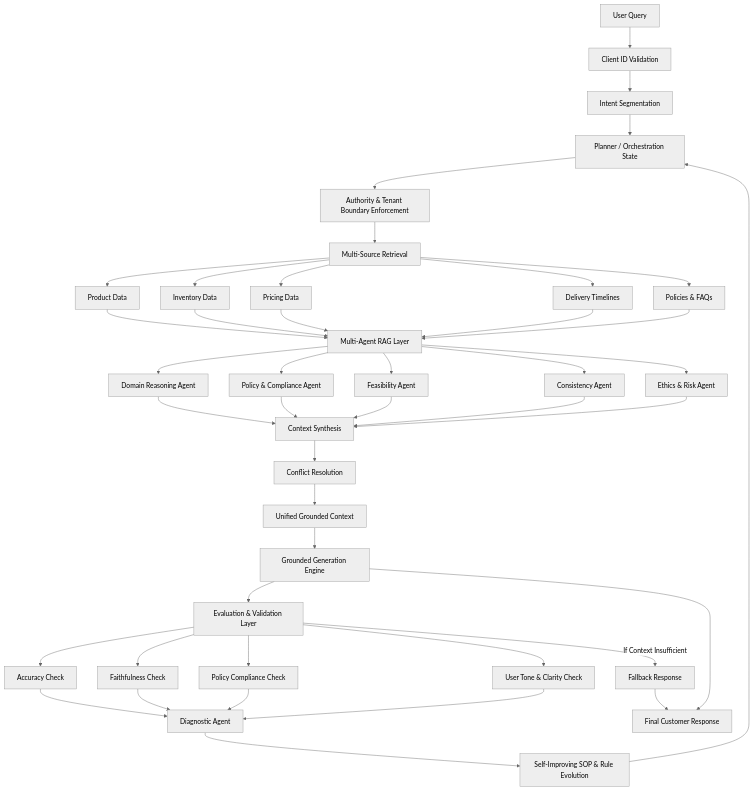
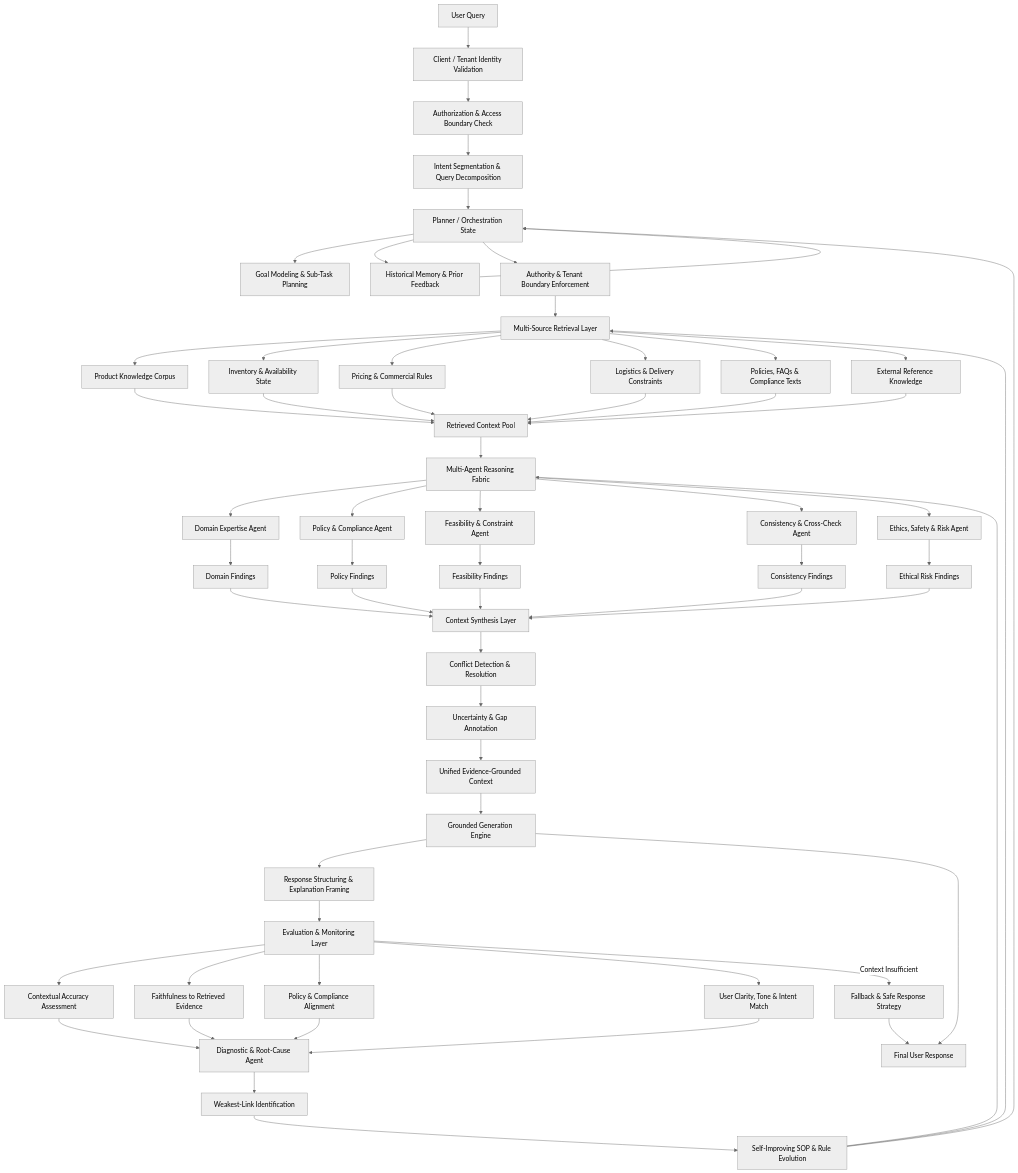
One commit to ShadowMonarchX/dynamic-ai-customer-support changed the second of 3 diagrams in View.md. Above: the diagram before and after it, drawn with Mermaid (neutral theme).

Commit message:
add this

````diff
--- a/View.md
+++ b/View.md
@@ -100,52 +100,98 @@
 ```mermaid
 
 graph TD
-    UQ[User Query] --> CI[Client ID Validation]
-    CI --> IS[Intent Segmentation]
 
-    IS --> PL[Planner / Orchestration State]
+%% =========================
+%% ENTRY & GOVERNANCE LAYER
+%% =========================
+UQ[User Query] --> CI[Client / Tenant Identity Validation]
+CI --> AB[Authorization & Access Boundary Check]
+AB --> IS[Intent Segmentation & Query Decomposition]
 
-    PL --> AE[Authority & Tenant Boundary Enforcement]
+%% =========================
+%% PLANNING & ORCHESTRATION
+%% =========================
+IS --> PL[Planner / Orchestration State]
+PL --> GM[Goal Modeling & Sub-Task Planning]
+PL --> HM[Historical Memory & Prior Feedback]
+HM --> PL
 
-    AE --> MSR[Multi-Source Retrieval]
-    MSR --> PD[Product Data]
-    MSR --> ID[Inventory Data]
-    MSR --> PR[Pricing Data]
-    MSR --> DL[Delivery Timelines]
-    MSR --> PO[Policies & FAQs]
+PL --> AE[Authority & Tenant Boundary Enforcement]
 
-    PD & ID & PR & DL & PO --> MA[Multi-Agent RAG Layer]
+%% =========================
+%% MULTI-SOURCE RETRIEVAL
+%% =========================
+AE --> MSR[Multi-Source Retrieval Layer]
 
-    MA --> DA[Domain Reasoning Agent]
-    MA --> PA[Policy & Compliance Agent]
-    MA --> FA[Feasibility Agent]
-    MA --> CA[Consistency Agent]
-    MA --> EA[Ethics & Risk Agent]
+MSR --> PD[Product Knowledge Corpus]
+MSR --> ID[Inventory & Availability State]
+MSR --> PR[Pricing & Commercial Rules]
+MSR --> DL[Logistics & Delivery Constraints]
+MSR --> PO[Policies, FAQs & Compliance Texts]
+MSR --> EK[External Reference Knowledge]
 
-    DA & PA & FA & CA & EA --> CS[Context Synthesis]
+PD & ID & PR & DL & PO & EK --> RC[Retrieved Context Pool]
 
-    CS --> CR[Conflict Resolution]
-    CR --> UF[Unified Grounded Context]
+%% =========================
+%% MULTI-AGENT RAG LAYER
+%% =========================
+RC --> MA[Multi-Agent Reasoning Fabric]
 
-    UF --> GE[Grounded Generation Engine]
+MA --> DA[Domain Expertise Agent]
+MA --> PA[Policy & Compliance Agent]
+MA --> FA[Feasibility & Constraint Agent]
+MA --> CA[Consistency & Cross-Check Agent]
+MA --> EA[Ethics, Safety & Risk Agent]
 
-    GE --> EV[Evaluation & Validation Layer]
+DA --> DF[Domain Findings]
+PA --> PF[Policy Findings]
+FA --> FF[Feasibility Findings]
+CA --> CF[Consistency Findings]
+EA --> EF[Ethical Risk Findings]
 
-    EV --> AC[Accuracy Check]
-    EV --> FF[Faithfulness Check]
-    EV --> PC[Policy Compliance Check]
-    EV --> UT[User Tone & Clarity Check]
+DF & PF & FF & CF & EF --> CS[Context Synthesis Layer]
 
-    AC & FF & PC & UT --> DG[Diagnostic Agent]
+%% =========================
+%% CONTEXT SYNTHESIS
+%% =========================
+CS --> CR[Conflict Detection & Resolution]
+CR --> UC[Uncertainty & Gap Annotation]
+UC --> UF[Unified Evidence-Grounded Context]
 
-    DG --> SOP[Self-Improving SOP & Rule Evolution]
+%% =========================
+%% GENERATION LAYER
+%% =========================
+UF --> GE[Grounded Generation Engine]
+GE --> RS[Response Structuring & Explanation Framing]
 
-    SOP --> PL
+%% =========================
+%% EVALUATION & MONITORING
+%% =========================
+RS --> EV[Evaluation & Monitoring Layer]
 
-    EV -->|If Context Insufficient| FB[Fallback Response]
-    FB --> OUT[Final Customer Response]
+EV --> AC[Contextual Accuracy Assessment]
+EV --> FF2[Faithfulness to Retrieved Evidence]
+EV --> PC[Policy & Compliance Alignment]
+EV --> UT[User Clarity, Tone & Intent Match]
 
-    GE --> OUT
+AC & FF2 & PC & UT --> DG[Diagnostic & Root-Cause Agent]
+
+%% =========================
+%% SELF-IMPROVEMENT LOOP
+%% =========================
+DG --> WL[Weakest-Link Identification]
+WL --> SOP[Self-Improving SOP & Rule Evolution]
+SOP --> PL
+SOP --> MSR
+SOP --> MA
+
+%% =========================
+%% FALLBACK & OUTPUT
+%% =========================
+EV -->|Context Insufficient| FB[Fallback & Safe Response Strategy]
+FB --> OUT[Final User Response]
+
+GE --> OUT
 
 
 ```
````
